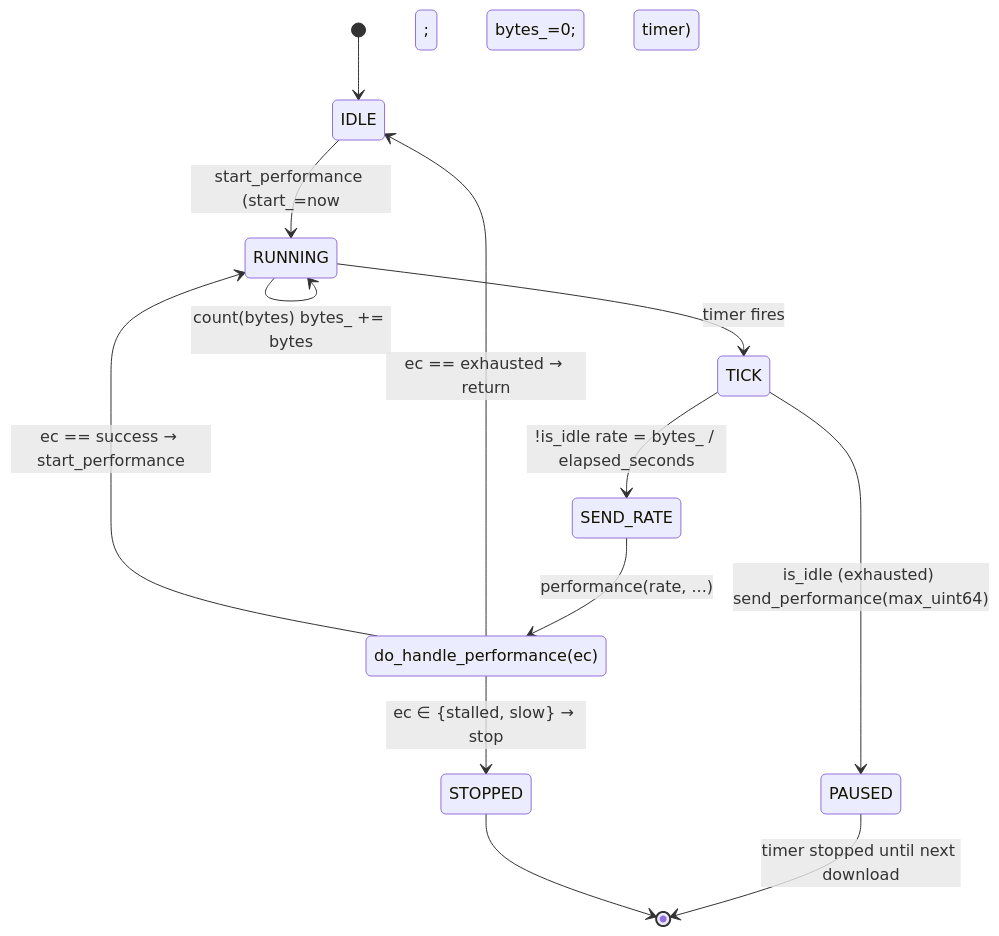
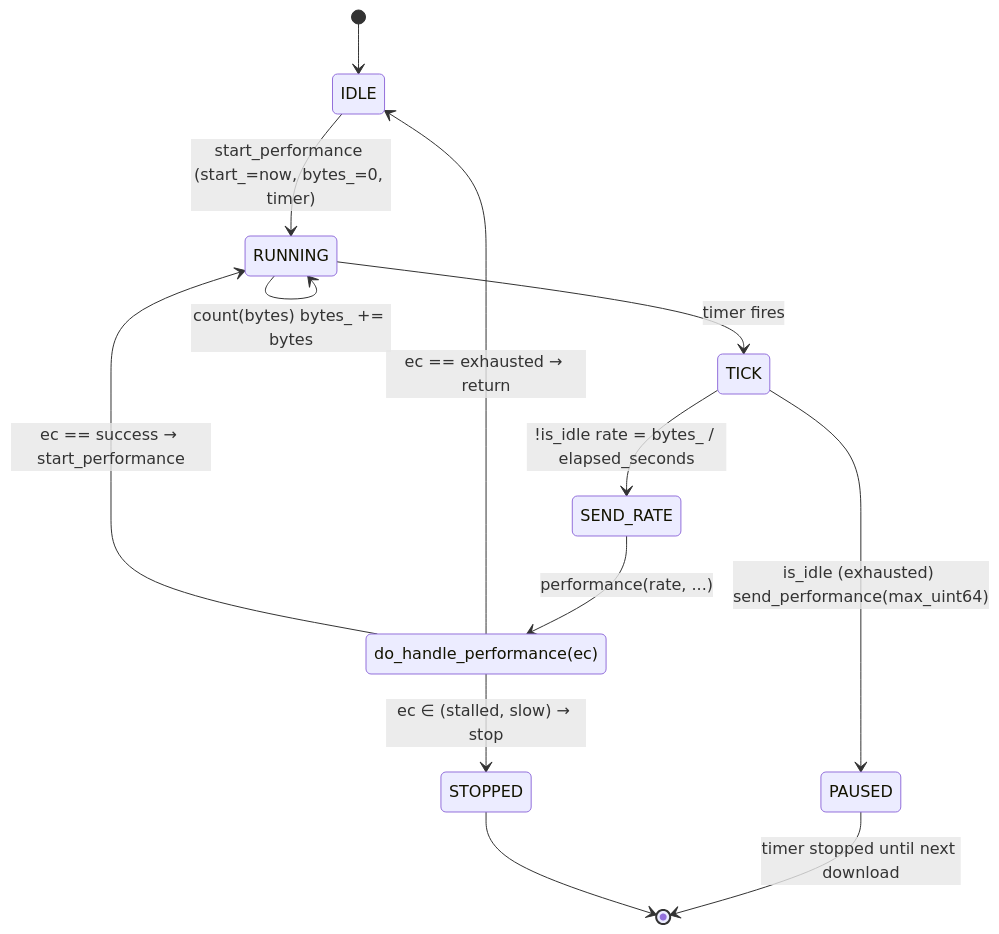
The third of 6 diagrams in architecture/md/06-sessions-and-protocols.md (libbitcoin/libbitcoin.github.io), drawn with Mermaid before and after one commit. The commit also changed other lines of this file and 31 other files, not shown here.

Commit message:
Add the node architecture pages.

````diff
--- a/architecture/md/06-sessions-and-protocols.md
+++ b/architecture/md/06-sessions-and-protocols.md
@@ -334,16 +337,16 @@
 ```mermaid
 stateDiagram-v2
     [*] --> IDLE
-    IDLE --> RUNNING: start_performance (start_=now; bytes_=0; timer)
+    IDLE --> RUNNING: start_performance (start_=now, bytes_=0, timer)
     RUNNING --> RUNNING: count(bytes) bytes_ += bytes
     RUNNING --> TICK: timer fires
     TICK --> SEND_RATE: !is_idle rate = bytes_ / elapsed_seconds
     TICK --> PAUSED: is_idle (exhausted) send_performance(max_uint64)
     SEND_RATE --> APPLY: performance(rate, ...)
     APPLY: do_handle_performance(ec)
     APPLY --> IDLE: ec == exhausted → return
-    APPLY --> STOPPED: ec ∈ {stalled, slow} → stop
+    APPLY --> STOPPED: ec ∈ (stalled, slow) → stop
     APPLY --> RUNNING: ec == success → start_performance
     PAUSED --> [*]: timer stopped until next download
     STOPPED --> [*]
 ```
````
